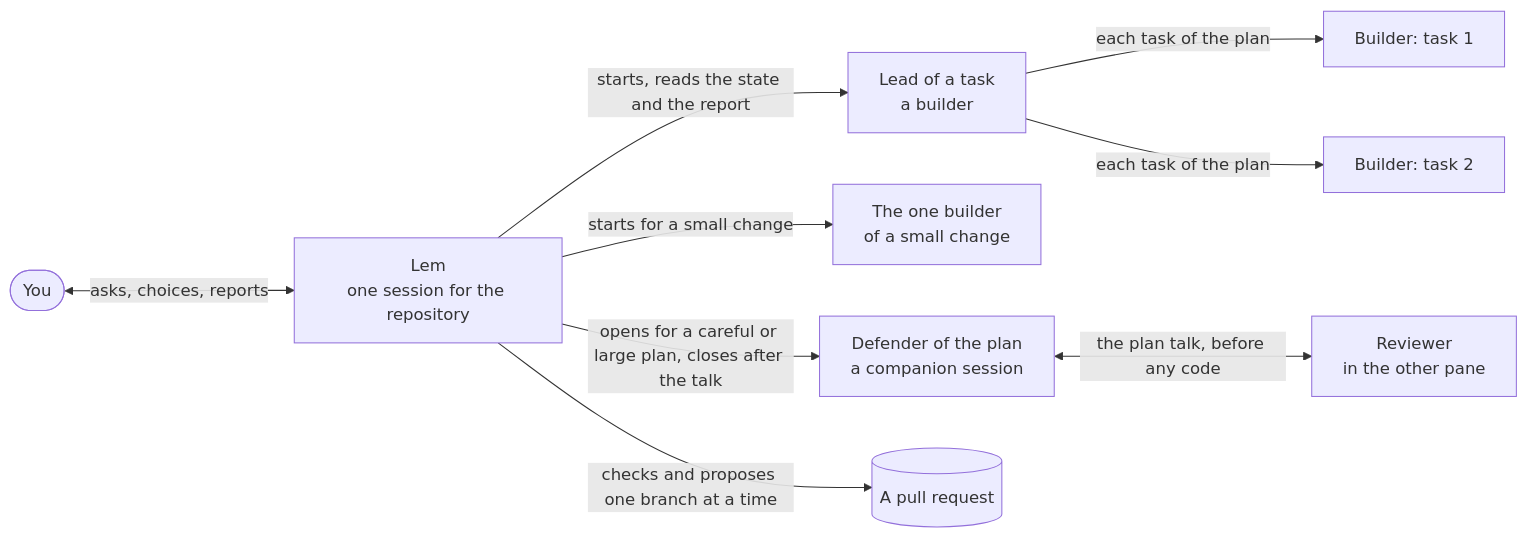
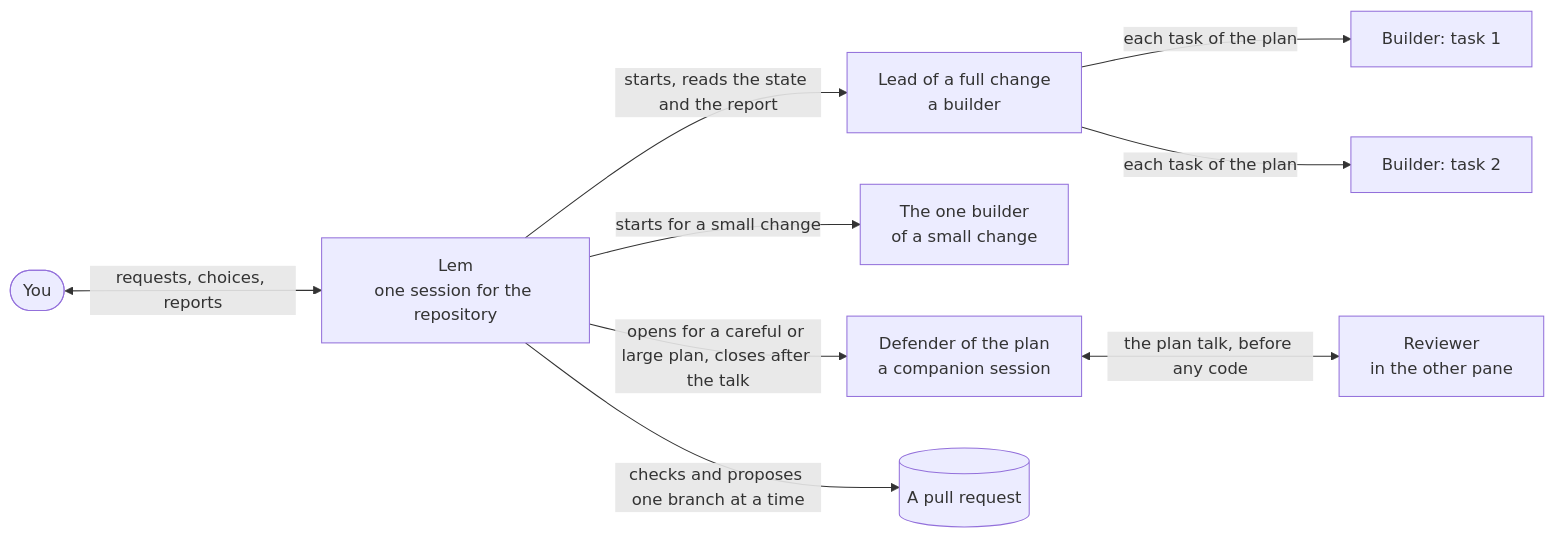
One commit to pySilver/lem changed the first of 2 diagrams in docs/inside.md. Above: the diagram before and after it, drawn with Mermaid. The commit also changed other lines of this file and 3 other files, not shown here.

First line of the commit message:
docs(lem): flow, settings, inside and install in the words of now

````diff
--- a/docs/inside.md
+++ b/docs/inside.md
@@ -12,11 +12,11 @@
 ```mermaid
 flowchart LR
-    you([You]) <-- asks, choices, reports --> lem[Lem<br/>one session for the repository]
-    lem -- starts, reads the state and the report --> leadA[Lead of a task<br/>a builder]
+    you([You]) <-- requests, choices, reports --> lem[Lem<br/>one session for the repository]
+    lem -- starts, reads the state and the report --> leadA[Lead of a full change<br/>a builder]
     lem -- starts for a small change --> one[The one builder<br/>of a small change]
     lem -- opens for a careful or large plan, closes after the talk --> leadB[Defender of the plan<br/>a companion session]
     leadB <-- the plan talk, before any code --> rev[Reviewer<br/>in the other pane]
     leadA -- each task of the plan --> b1[Builder: task 1]
     leadA -- each task of the plan --> b2[Builder: task 2]
     lem -- checks and proposes one branch at a time --> pr[(A pull request)]
 ```
````
